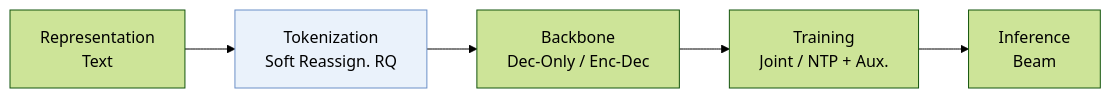
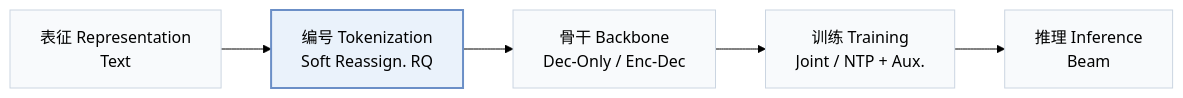
Before and after one commit to Galaxy-ghost/Awesome-SID-Generative-Rec: the first of 2 diagrams in pages/zh/papers/tracer.md, drawn with Mermaid (forest theme). The commit also changed other lines of this file and 649 other files, not shown here.

Commit message:
writer-05: also tags and modality index (schema, check, build, visuals); summary field removed; calibration data for 12 papers

````diff
--- a/pages/zh/papers/tracer.md
+++ b/pages/zh/papers/tracer.md
@@ -13,6 +15,8 @@
 ```mermaid
 flowchart LR
-    R["Representation<br/>Text"] --> T["Tokenization<br/>Soft Reassign. RQ"] --> B["Backbone<br/>Dec-Only / Enc-Dec"] --> TR["Training<br/>Joint / NTP + Aux."] --> I["Inference<br/>Beam"]
-    classDef main fill:#eaf2fb,stroke:#6b8fc7
+    R["表征 Representation<br/>Text"] --> T["编号 Tokenization<br/>Soft Reassign. RQ"] --> B["骨干 Backbone<br/>Dec-Only / Enc-Dec"] --> TR["训练 Training<br/>Joint / NTP + Aux."] --> I["推理 Inference<br/>Beam"]
+    classDef base fill:#f8fafc,stroke:#cbd5e1
+    class R,T,B,TR,I base
+    classDef main fill:#eaf2fb,stroke:#6b8fc7,stroke-width:2px
     class T main
 ```
````
